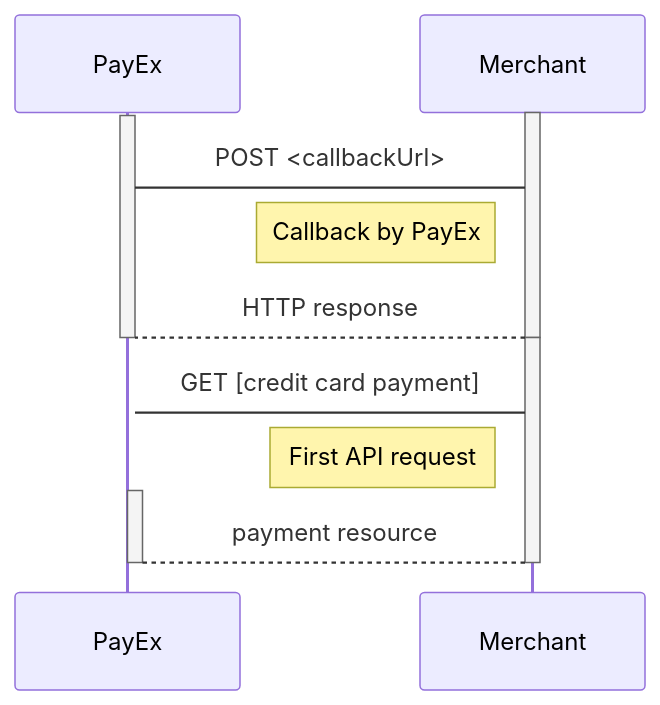
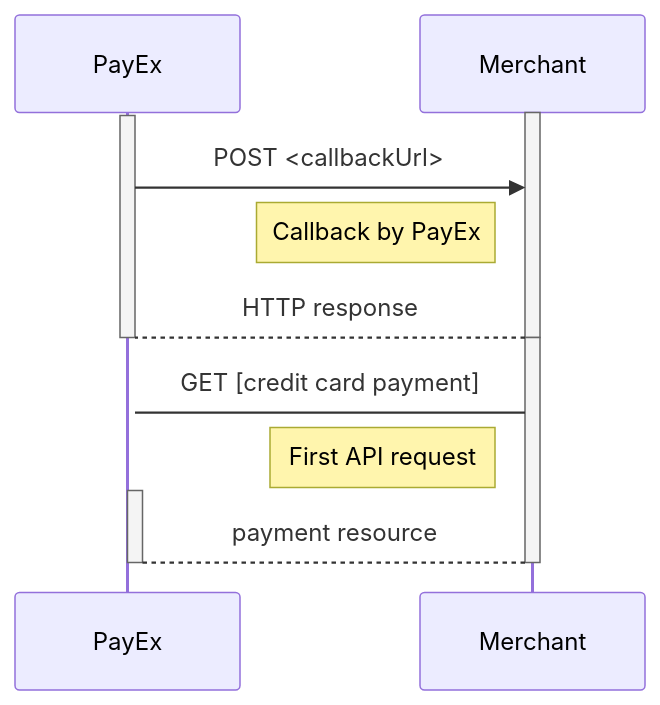
One commit to SwedbankPay/developer.swedbankpay.com changed the fourth of 10 diagrams in payments/credit-card/after-payment.md. Above: the diagram before and after it, drawn with Mermaid.

````diff
--- a/payments/credit-card/after-payment.md
+++ b/payments/credit-card/after-payment.md
@@ -609,19 +609,19 @@
 ```mermaid
 sequenceDiagram
   activate Merchant
   activate PayEx
-  PayEx->Merchant: POST <callbackUrl>
+  PayEx->>Merchant: POST <callbackUrl>
   note left of Merchant: Callback by PayEx
   Merchant-->PayEx: HTTP response
   deactivate PayEx
   deactivate Merchant
 
   activate Merchant
   activate PayEx
   Merchant->PayEx: GET [credit card payment]
   note left of Merchant: First API request
   Activate PayEx
   PayEx-->Merchant: payment resource
   deactivate PayEx
   deactivate Merchant
 ```
````
